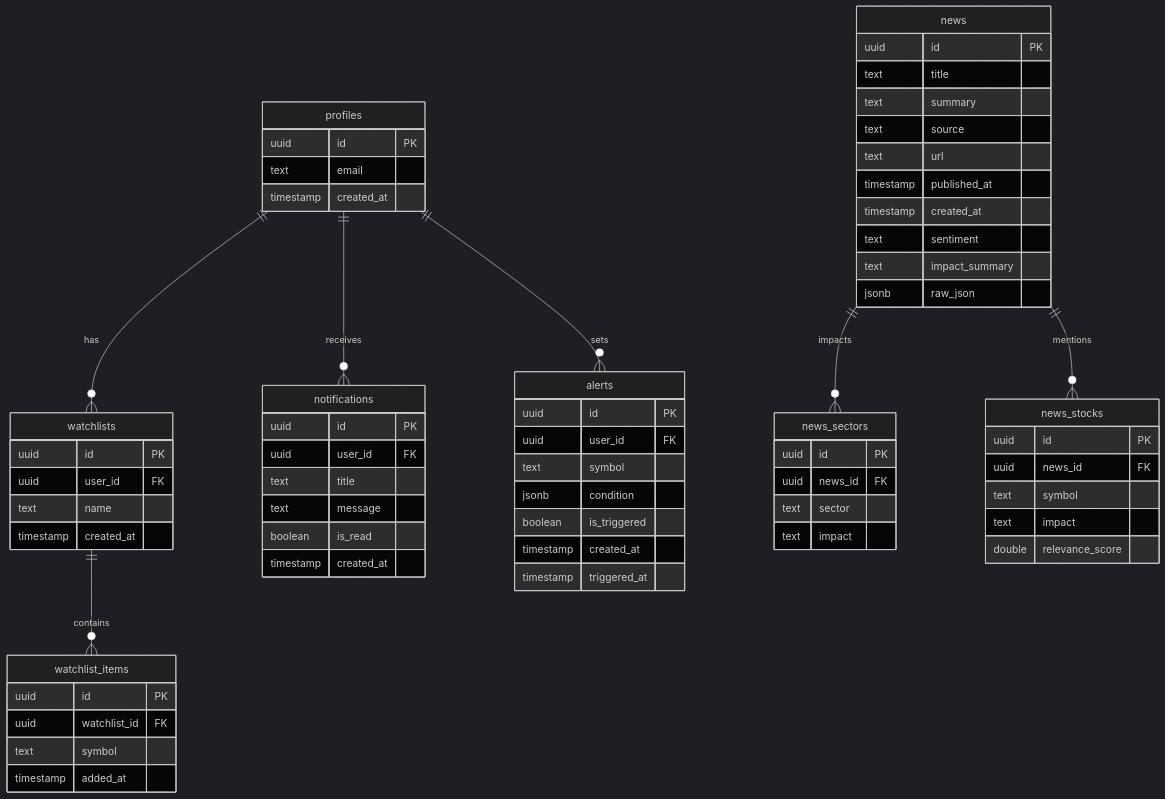
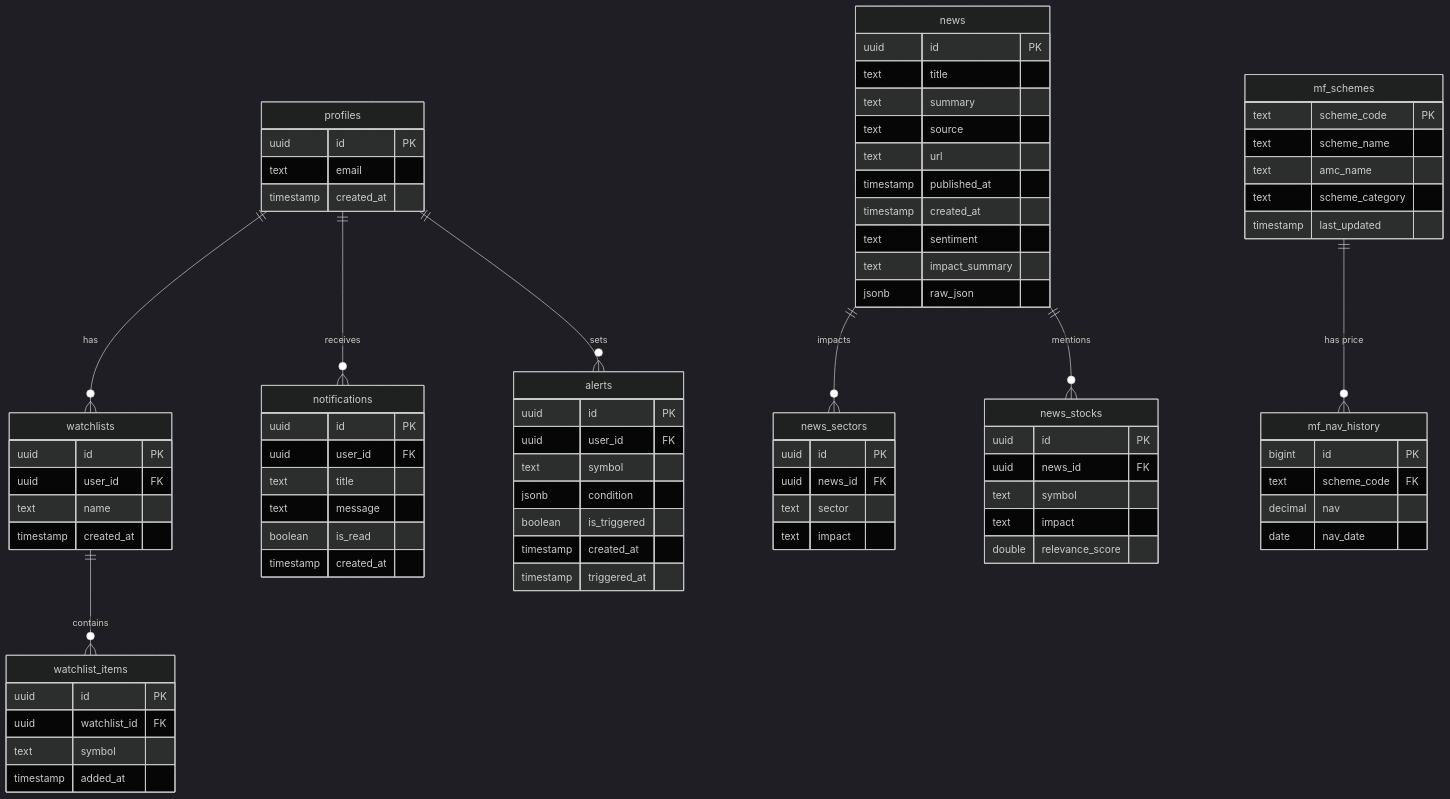
The diagram in Schema.md (Pratt1702/DECIXN), drawn with Mermaid (dark theme) before and after one commit. The commit also changed other lines of this file and 5 other files, not shown here.

````diff
--- a/Schema.md
+++ b/Schema.md
@@ -12,6 +12,7 @@
     watchlists ||--o{ watchlist_items : "contains"
     news ||--o{ news_sectors : "impacts"
     news ||--o{ news_stocks : "mentions"
+    mf_schemes ||--o{ mf_nav_history : "has price"
 
     profiles {
         uuid id PK
@@ -79,4 +80,19 @@
         timestamp created_at
         timestamp triggered_at
     }
+    
+    mf_schemes {
+        text scheme_code PK
+        text scheme_name
+        text amc_name
+        text scheme_category
+        timestamp last_updated
+    }
+
+    mf_nav_history {
+        bigint id PK
+        text scheme_code FK
+        decimal nav
+        date nav_date
+    }
 ```
````
